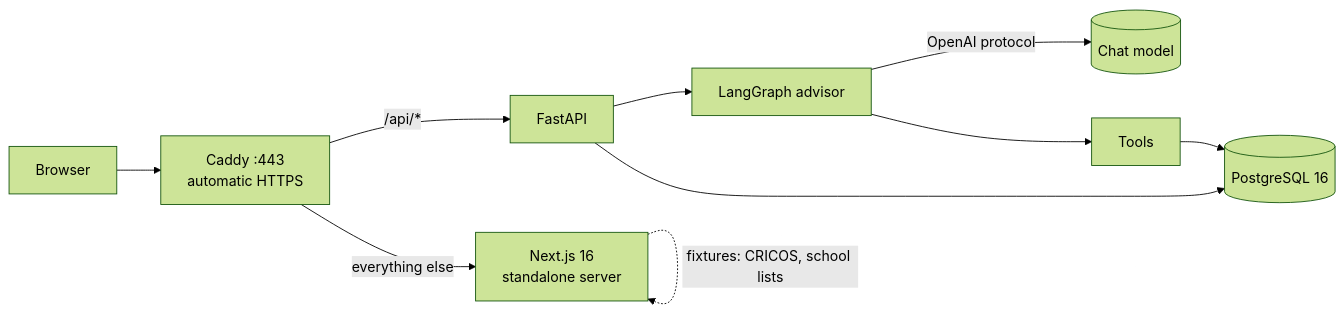
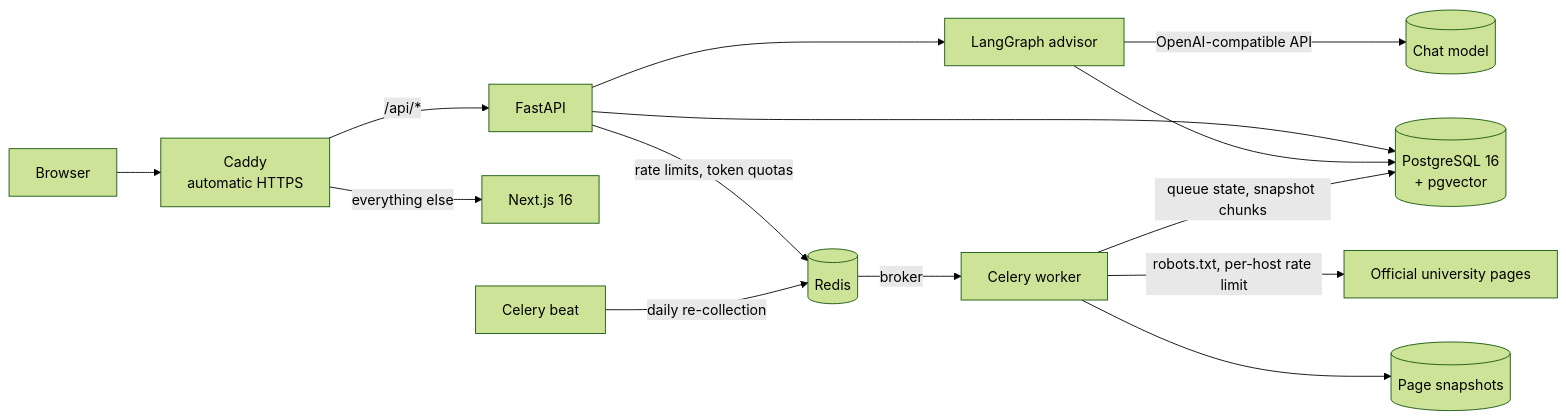
Before and after one commit to MortyYJT/LeapAshore: the first of 2 diagrams in README.md, drawn with Mermaid (forest theme). The commit also changed other lines of this file and 9 other files, not shown here.

First line of the commit message:
docs(readme): rewrite the README as an English open-source project page (#82)

````diff
--- a/README.md
+++ b/README.md
@@ -36,12 +49,16 @@
 ```mermaid
 flowchart LR
-    B[Browser] --> C[Caddy :443<br/>automatic HTTPS]
+    B[Browser] --> C[Caddy<br/>automatic HTTPS]
     C -->|/api/*| A[FastAPI]
-    C -->|everything else| W[Next.js 16<br/>standalone server]
+    C -->|everything else| W[Next.js 16]
     A --> G[LangGraph advisor]
-    G -->|OpenAI protocol| L[(Chat model)]
-    G --> T[Tools]
-    T --> P[(PostgreSQL 16)]
-    A --> P
-    W -.->|fixtures: CRICOS, school lists| W
+    G -->|OpenAI-compatible API| L[(Chat model)]
+    A --> P[(PostgreSQL 16<br/>+ pgvector)]
+    G --> P
+    A -->|rate limits, token quotas| R[(Redis)]
+    BT[Celery beat] -->|daily re-collection| R
+    R -->|broker| WK[Celery worker]
+    WK -->|robots.txt, per-host rate limit| U[Official university pages]
+    WK --> S[(Page snapshots)]
+    WK -->|queue state, snapshot chunks| P
 ```
````
